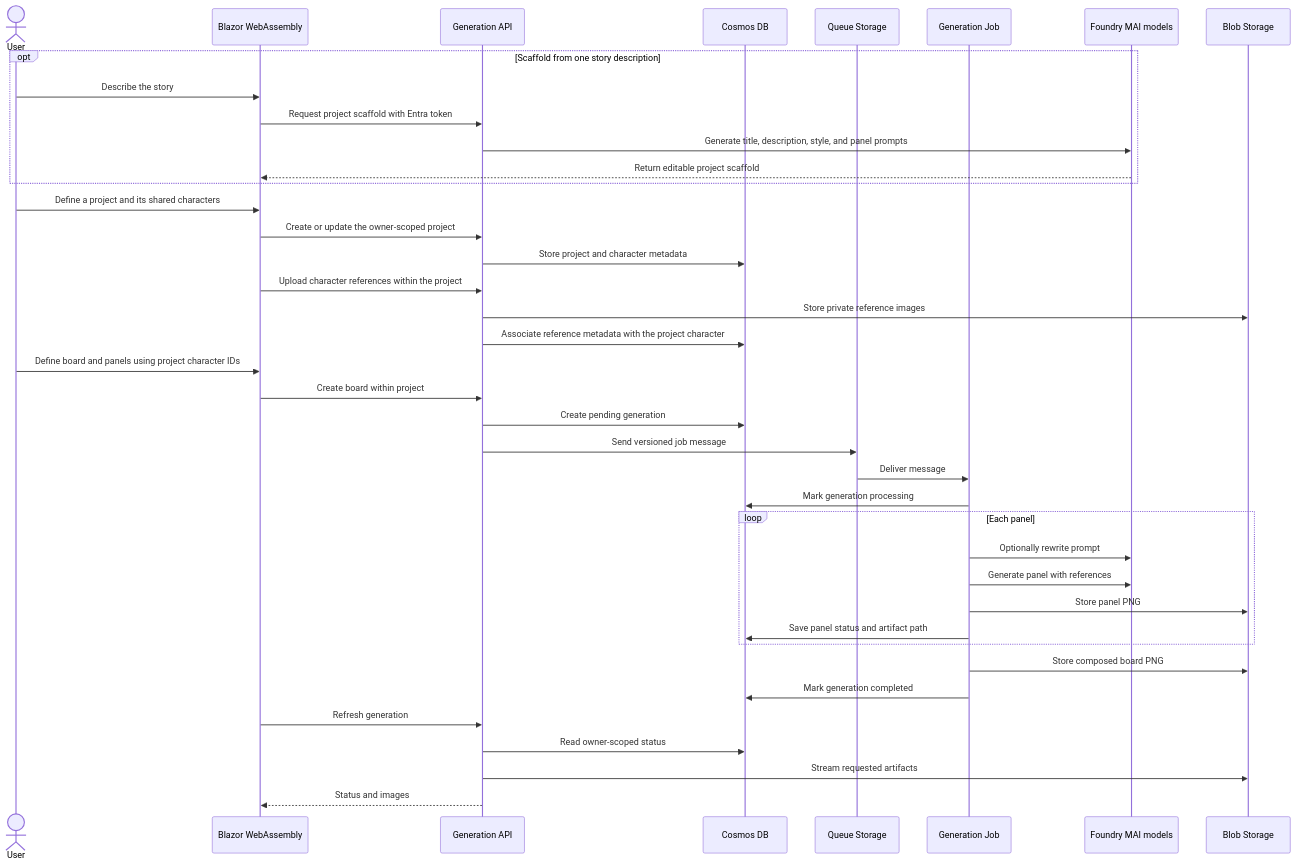
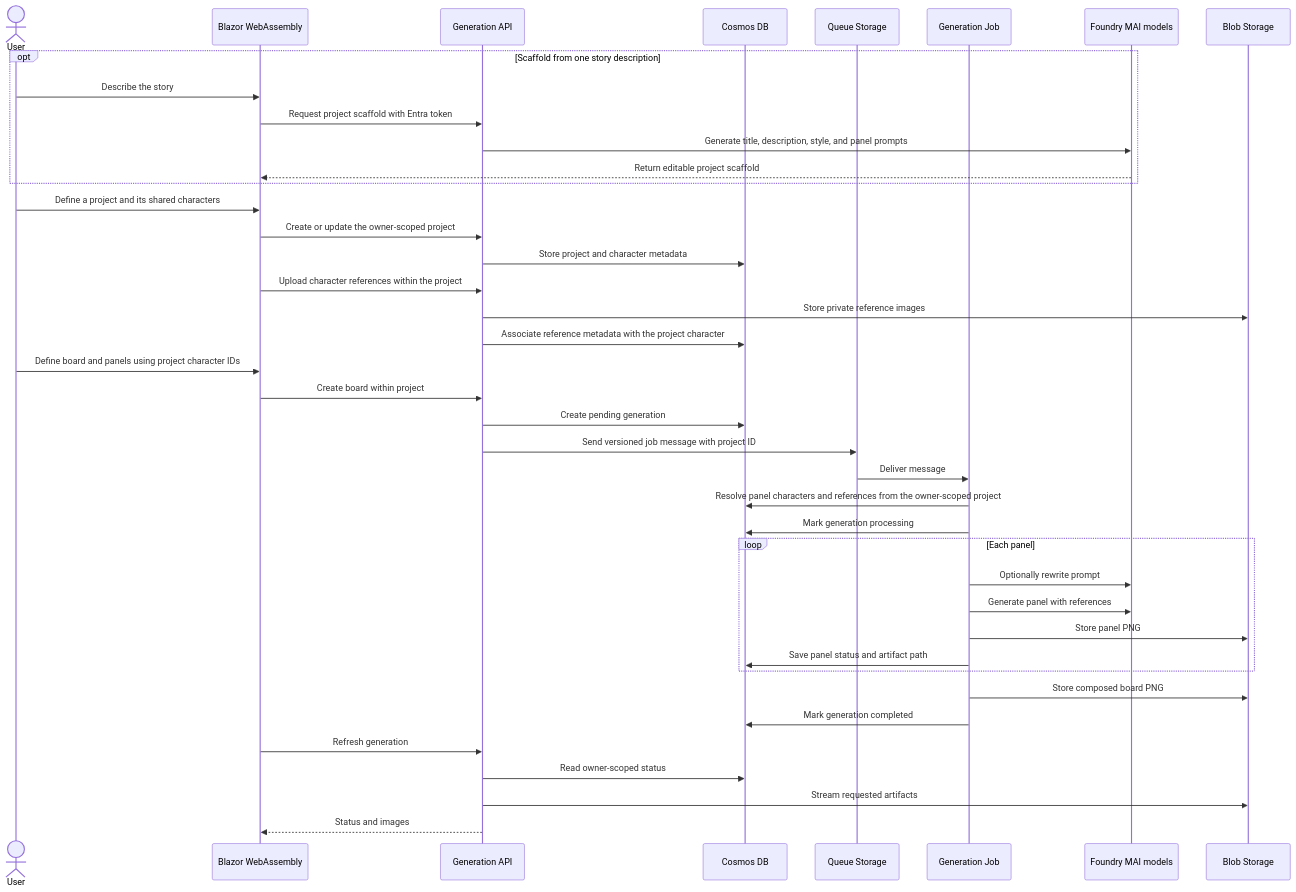
The second of 2 diagrams in docs/architecture.md (mathieumack/foundry-comics-mai), drawn with Mermaid before and after one commit. The commit also changed 3 other files, not shown here.

Commit message:
Resolve board characters from projects

````diff
--- a/docs/architecture.md
+++ b/docs/architecture.md
@@ -44,41 +44,42 @@
 ```mermaid
 sequenceDiagram
     actor User
     participant Web as Blazor WebAssembly
     participant API as Generation API
     participant DB as Cosmos DB
     participant Queue as Queue Storage
     participant Job as Generation Job
     participant MAI as Foundry MAI models
     participant Blob as Blob Storage
     opt Scaffold from one story description
         User->>Web: Describe the story
         Web->>API: Request project scaffold with Entra token
         API->>MAI: Generate title, description, style, and panel prompts
         MAI-->>Web: Return editable project scaffold
     end
     User->>Web: Define a project and its shared characters
     Web->>API: Create or update the owner-scoped project
     API->>DB: Store project and character metadata
     Web->>API: Upload character references within the project
     API->>Blob: Store private reference images
     API->>DB: Associate reference metadata with the project character
     User->>Web: Define board and panels using project character IDs
     Web->>API: Create board within project
     API->>DB: Create pending generation
-    API->>Queue: Send versioned job message
+    API->>Queue: Send versioned job message with project ID
     Queue->>Job: Deliver message
+    Job->>DB: Resolve panel characters and references from the owner-scoped project
     Job->>DB: Mark generation processing
     loop Each panel
         Job->>MAI: Optionally rewrite prompt
         Job->>MAI: Generate panel with references
         Job->>Blob: Store panel PNG
         Job->>DB: Save panel status and artifact path
     end
     Job->>Blob: Store composed board PNG
     Job->>DB: Mark generation completed
     Web->>API: Refresh generation
     API->>DB: Read owner-scoped status
     API->>Blob: Stream requested artifacts
     API-->>Web: Status and images
 ```
````
